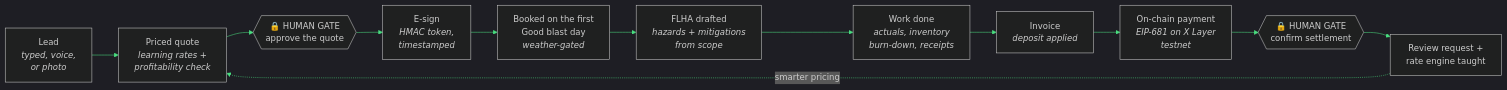
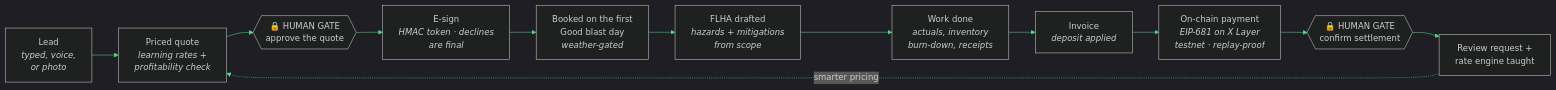
Before and after one commit to kr8tiv-ai/evolved: the diagram in README.md, drawn with Mermaid. The commit also changed other lines of this file and 4 other files, not shown here.

````diff
--- a/README.md
+++ b/README.md
@@ -32,15 +66,15 @@
 ```mermaid
 %%{init: {"theme": "dark", "themeVariables": {"primaryColor": "#101010", "primaryBorderColor": "#4ade80", "primaryTextColor": "#f3f4f6", "lineColor": "#4ade80", "fontFamily": "Segoe UI"}}}%%
 flowchart LR
     A[Lead<br><i>typed, voice,<br>or photo</i>] --> B[Priced quote<br><i>learning rates +<br>profitability check</i>]
     B --> G1{{"🔒 HUMAN GATE<br>approve the quote"}}
-    G1 --> C[E-sign<br><i>HMAC token,<br>timestamped</i>]
+    G1 --> C[E-sign<br><i>HMAC token · declines<br>are final</i>]
     C --> D[Booked on the first<br>Good blast day<br><i>weather-gated</i>]
     D --> E[FLHA drafted<br><i>hazards + mitigations<br>from scope</i>]
     E --> F[Work done<br><i>actuals, inventory<br>burn-down, receipts</i>]
     F --> H[Invoice<br><i>deposit applied</i>]
-    H --> I[On-chain payment<br><i>EIP-681 on X Layer<br>testnet</i>]
+    H --> I[On-chain payment<br><i>EIP-681 on X Layer<br>testnet · replay-proof</i>]
     I --> G2{{"🔒 HUMAN GATE<br>confirm settlement"}}
     G2 --> J[Review request +<br>rate engine taught]
     J -.->|smarter pricing| B
 ```
````
